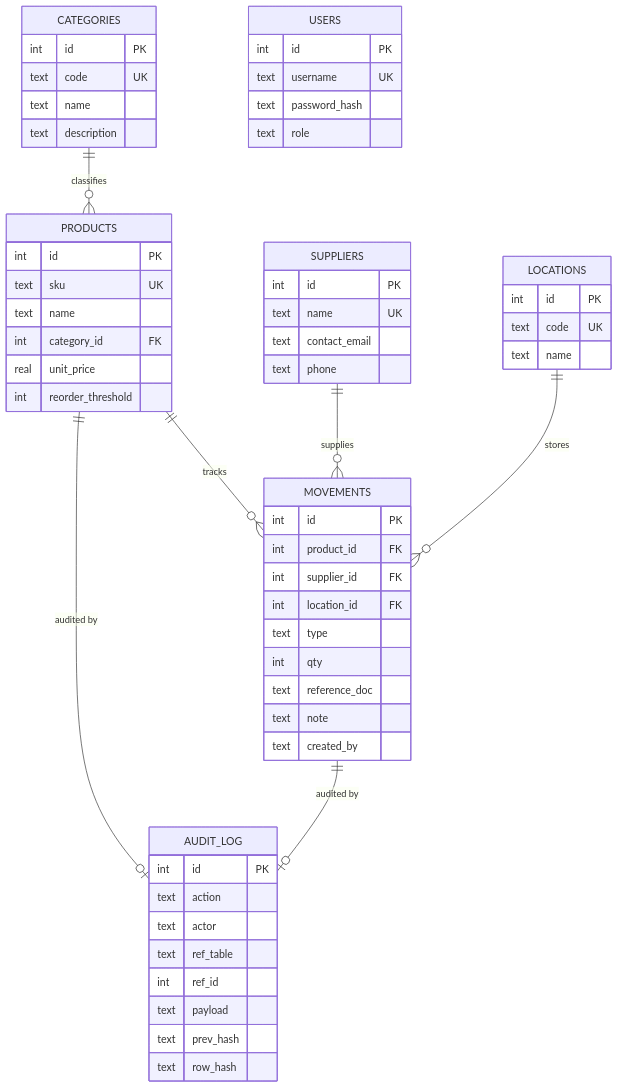
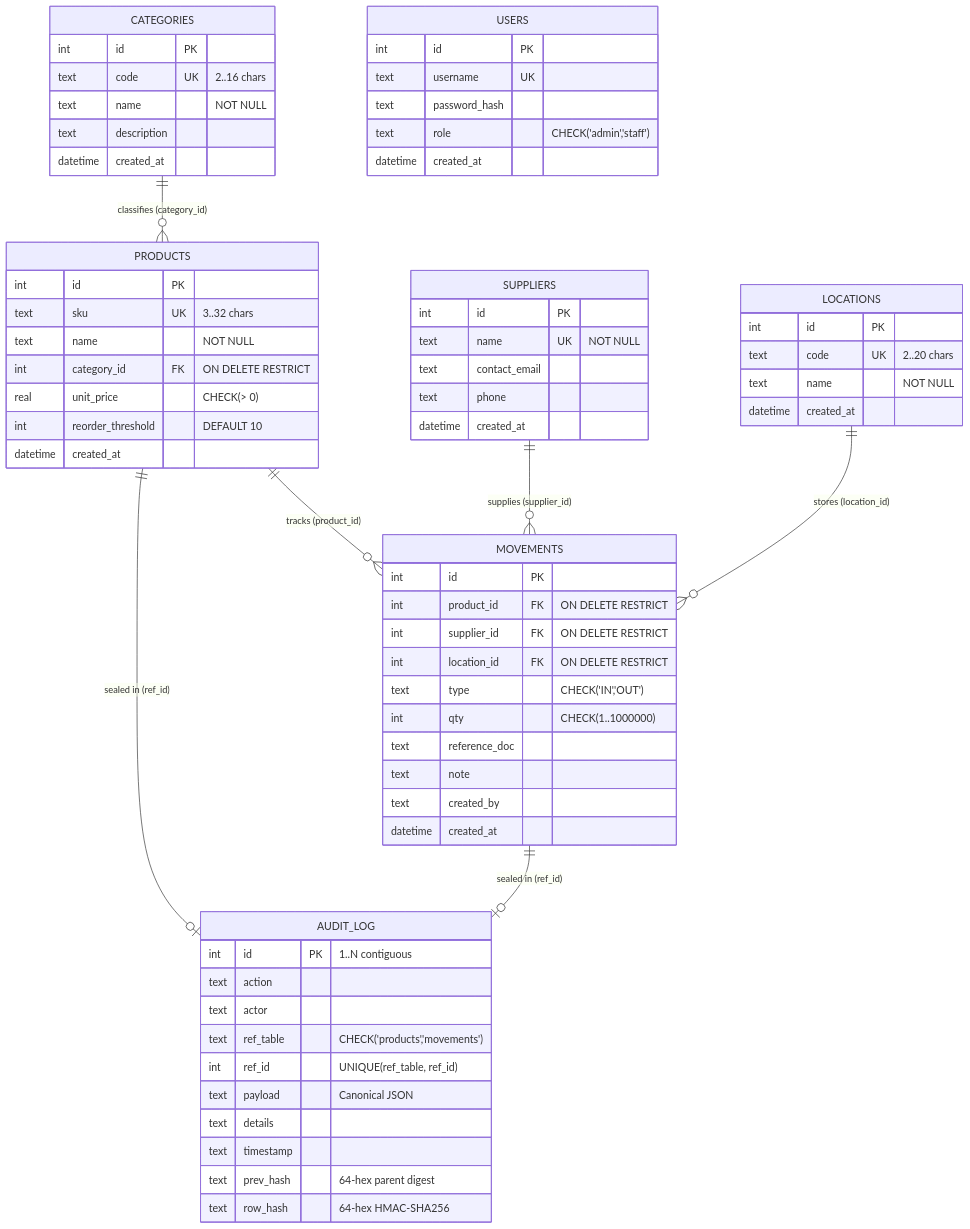
One commit to Nandha-PU/Vaultstock changed the first of 2 diagrams in PROJECT_REPORT.md. Above: the diagram before and after it, drawn with Mermaid. The commit also changed other lines of this file and 9 other files, not shown here.

````diff
--- a/PROJECT_REPORT.md
+++ b/PROJECT_REPORT.md
@@ -82,62 +77,70 @@
 ```mermaid
 erDiagram
-    CATEGORIES ||--o{ PRODUCTS : classifies
-    PRODUCTS ||--o{ MOVEMENTS : tracks
-    SUPPLIERS ||--o{ MOVEMENTS : supplies
-    LOCATIONS ||--o{ MOVEMENTS : stores
-    PRODUCTS ||--o| AUDIT_LOG : "audited by"
-    MOVEMENTS ||--o| AUDIT_LOG : "audited by"
+    CATEGORIES ||--o{ PRODUCTS : "classifies (category_id)"
+    PRODUCTS ||--o{ MOVEMENTS : "tracks (product_id)"
+    SUPPLIERS ||--o{ MOVEMENTS : "supplies (supplier_id)"
+    LOCATIONS ||--o{ MOVEMENTS : "stores (location_id)"
+    PRODUCTS ||--o| AUDIT_LOG : "sealed in (ref_id)"
+    MOVEMENTS ||--o| AUDIT_LOG : "sealed in (ref_id)"
 
     USERS {
         int id PK
         text username UK
         text password_hash
-        text role
+        text role "CHECK('admin','staff')"
+        datetime created_at
     }
     CATEGORIES {
         int id PK
-        text code UK
-        text name
+        text code UK "2..16 chars"
+        text name "NOT NULL"
         text description
+        datetime created_at
     }
     SUPPLIERS {
         int id PK
-        text name UK
+        text name UK "NOT NULL"
         text contact_email
         text phone
+        datetime created_at
     }
     LOCATIONS {
         int id PK
-        text code UK
-        text name
+        text code UK "2..20 chars"
+        text name "NOT NULL"
+        datetime created_at
     }
     PRODUCTS {
         int id PK
-        text sku UK
-        text name
-        int category_id FK
-        real unit_price
-        int reorder_threshold
+        text sku UK "3..32 chars"
+        text name "NOT NULL"
+        int category_id FK "ON DELETE RESTRICT"
+        real unit_price "CHECK(> 0)"
+        int reorder_threshold "DEFAULT 10"
+        datetime created_at
     }
     MOVEMENTS {
         int id PK
-        int product_id FK
-        int supplier_id FK
-        int location_id FK
-        text type
-        int qty
+        int product_id FK "ON DELETE RESTRICT"
+        int supplier_id FK "ON DELETE RESTRICT"
+        int location_id FK "ON DELETE RESTRICT"
+        text type "CHECK('IN','OUT')"
+        int qty "CHECK(1..1000000)"
         text reference_doc
         text note
         text created_by
+        datetime created_at
     }
     AUDIT_LOG {
-        int id PK
+        int id PK "1..N contiguous"
         text action
         text actor
-        text ref_table
-        int ref_id
-        text payload
-        text prev_hash
-        text row_hash
+        text ref_table "CHECK('products','movements')"
+        int ref_id "UNIQUE(ref_table, ref_id)"
+        text payload "Canonical JSON"
+        text details
+        text timestamp
+        text prev_hash "64-hex parent digest"
+        text row_hash "64-hex HMAC-SHA256"
     }
 ```
````
